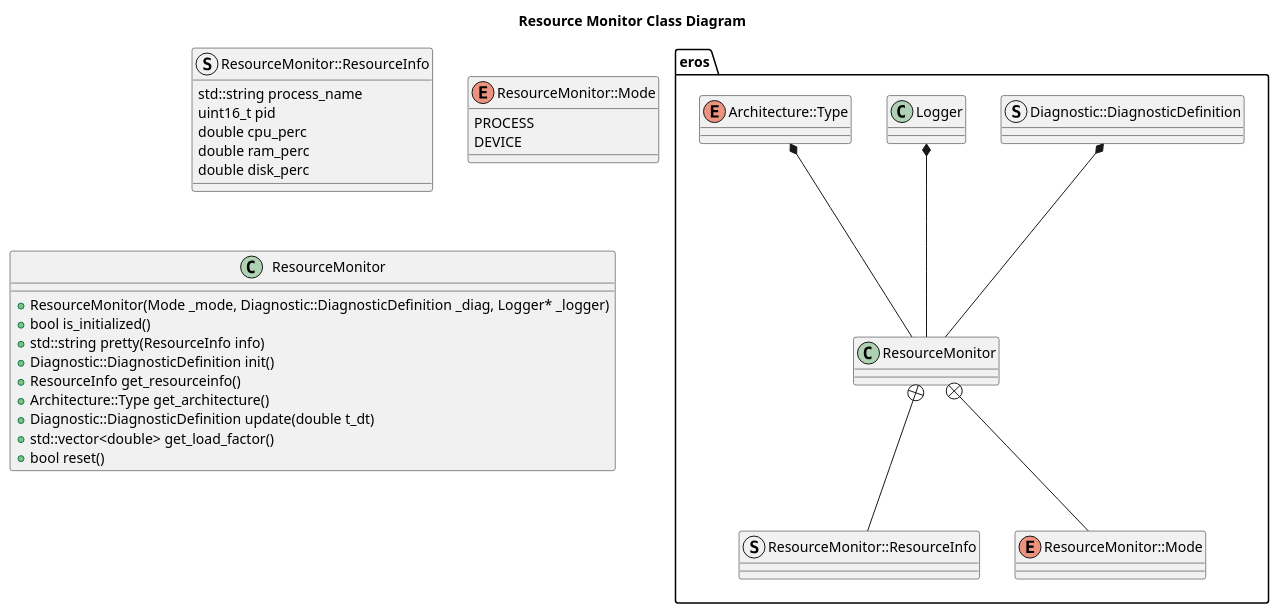
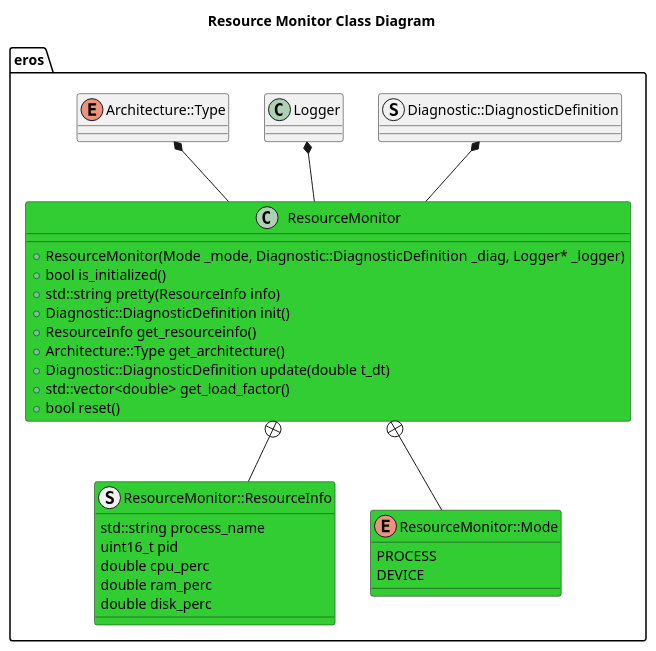
Before and after one commit to dgitz/eros: the diagram in include/eros/doc/ResourceMonitorClassDiagram.puml, drawn with PlantUML. The commit also changed 10 other files, not shown here.

```diff
--- a/include/eros/doc/ResourceMonitorClassDiagram.puml
+++ b/include/eros/doc/ResourceMonitorClassDiagram.puml
@@ -1,44 +1,41 @@
 @startuml
 title Resource Monitor Class Diagram
 package eros {
-    together {
-        class ResourceMonitor
    
-        struct ResourceMonitor::ResourceInfo
-        enum ResourceMonitor::Mode
-    }
+    struct ResourceMonitor::ResourceInfo
+    enum ResourceMonitor::Mode
     together {
         struct Diagnostic::DiagnosticDefinition
         class Logger
         enum Architecture::Type
     }
-}
-ResourceMonitor +-- ResourceMonitor::ResourceInfo
-ResourceMonitor +-- ResourceMonitor::Mode
-Logger *-- ResourceMonitor
-Architecture::Type *-- ResourceMonitor 
-Diagnostic::DiagnosticDefinition *-- ResourceMonitor 
-struct ResourceMonitor::ResourceInfo {
-    std::string process_name
-    uint16_t pid
-    double cpu_perc
-    double ram_perc
-    double disk_perc
-}
-enum ResourceMonitor::Mode {
-    PROCESS
-    DEVICE
-}
-class ResourceMonitor {
-    +ResourceMonitor(Mode _mode, Diagnostic::DiagnosticDefinition _diag, Logger* _logger)
-    +bool is_initialized()
-    +std::string pretty(ResourceInfo info)
-    +Diagnostic::DiagnosticDefinition init()
-    +ResourceInfo get_resourceinfo()
-    +Architecture::Type get_architecture()
-    +Diagnostic::DiagnosticDefinition update(double t_dt)
-    +std::vector<double> get_load_factor()
-    +bool reset()
+    ResourceMonitor +-- ResourceMonitor::ResourceInfo
+    ResourceMonitor +-- ResourceMonitor::Mode
+    Logger *-- ResourceMonitor
+    Architecture::Type *-- ResourceMonitor 
+    Diagnostic::DiagnosticDefinition *-- ResourceMonitor 
+    struct ResourceMonitor::ResourceInfo #LimeGreen {
+        std::string process_name
+        uint16_t pid
+        double cpu_perc
+        double ram_perc
+        double disk_perc
+    }
+    enum ResourceMonitor::Mode #LimeGreen {
+        PROCESS
+        DEVICE
+    }
+    class ResourceMonitor #LimeGreen {
+        +ResourceMonitor(Mode _mode, Diagnostic::DiagnosticDefinition _diag, Logger* _logger)
+        +bool is_initialized()
+        +std::string pretty(ResourceInfo info)
+        +Diagnostic::DiagnosticDefinition init()
+        +ResourceInfo get_resourceinfo()
+        +Architecture::Type get_architecture()
+        +Diagnostic::DiagnosticDefinition update(double t_dt)
+        +std::vector<double> get_load_factor()
+        +bool reset()
 
+    }
 }
 @enduml
```
